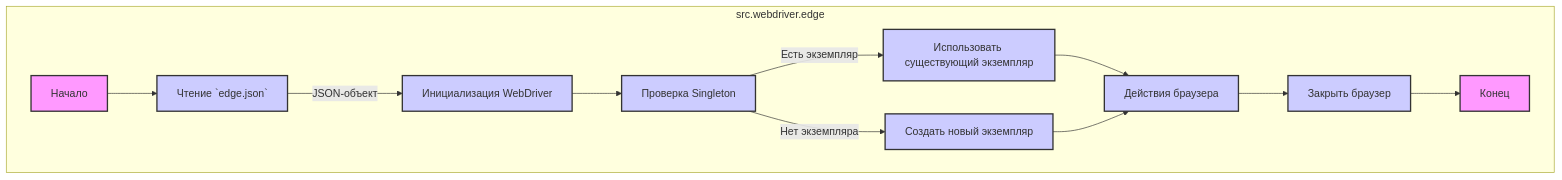
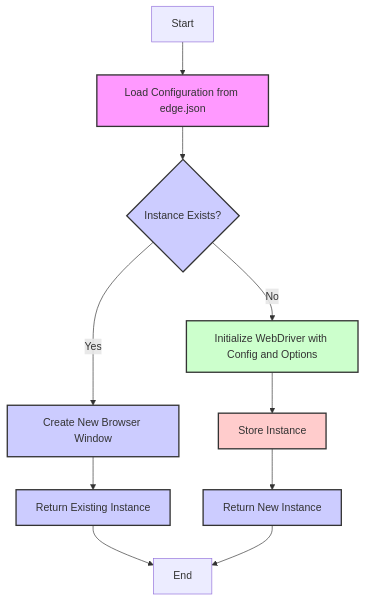
One commit to hypo69/hypo changed the first of 2 diagrams in docs/gemini/ru/explainer/src/webdriver/edge/README.MD.md. Above: the diagram before and after it, drawn with Mermaid. The commit also changed other lines of this file and 1505 other files, not shown here.

````diff
--- a/docs/gemini/ru/explainer/src/webdriver/edge/README.MD.md
+++ b/docs/gemini/ru/explainer/src/webdriver/edge/README.MD.md
@@ -25,24 +53,20 @@
 ```mermaid
 flowchart TD
-    subgraph src.webdriver.edge
-        Start[Начало] --> ReadConfig[Чтение `edge.json`]
-        ReadConfig -- JSON-объект --> InitWebDriver[Инициализация WebDriver]
-        InitWebDriver --> SingletonCheck[Проверка Singleton]
-        SingletonCheck -- Есть экземпляр --> ReuseInstance[Использовать существующий экземпляр]
-        SingletonCheck -- Нет экземпляра --> CreateInstance[Создать новый экземпляр]
-        ReuseInstance --> BrowserActions[Действия браузера]
-        CreateInstance --> BrowserActions
-        BrowserActions --> CloseBrowser[Закрыть браузер]
-        CloseBrowser --> End[Конец]
-    end
+    Start --> LoadConfig[Load Configuration from edge.json]
+    LoadConfig --> CheckInstance{Instance Exists?}
+    CheckInstance -- Yes --> CreateNewWindow[Create New Browser Window]
+    CreateNewWindow --> ReturnExistingInstance[Return Existing Instance]
+    CheckInstance -- No --> InitializeDriver[Initialize WebDriver with Config and Options]
+    InitializeDriver --> StoreInstance[Store Instance]
+    StoreInstance --> ReturnNewInstance[Return New Instance]
+    ReturnExistingInstance --> End
+    ReturnNewInstance --> End
 
-    style Start fill:#f9f,stroke:#333,stroke-width:2px
-    style End fill:#f9f,stroke:#333,stroke-width:2px
-    style ReadConfig fill:#ccf,stroke:#333,stroke-width:2px
-    style InitWebDriver fill:#ccf,stroke:#333,stroke-width:2px
-    style SingletonCheck fill:#ccf,stroke:#333,stroke-width:2px
-    style ReuseInstance fill:#ccf,stroke:#333,stroke-width:2px
-    style CreateInstance fill:#ccf,stroke:#333,stroke-width:2px
-    style BrowserActions fill:#ccf,stroke:#333,stroke-width:2px
-    style CloseBrowser fill:#ccf,stroke:#333,stroke-width:2px
+    style LoadConfig fill:#f9f,stroke:#333,stroke-width:2px
+    style CheckInstance fill:#ccf,stroke:#333,stroke-width:2px
+    style InitializeDriver fill:#cfc,stroke:#333,stroke-width:2px
+    style StoreInstance fill:#fcc,stroke:#333,stroke-width:2px
+    style ReturnNewInstance fill:#ccf,stroke:#333,stroke-width:2px
+    style ReturnExistingInstance fill:#ccf,stroke:#333,stroke-width:2px
+    style CreateNewWindow fill:#ccf,stroke:#333,stroke-width:2px
 ```
````
